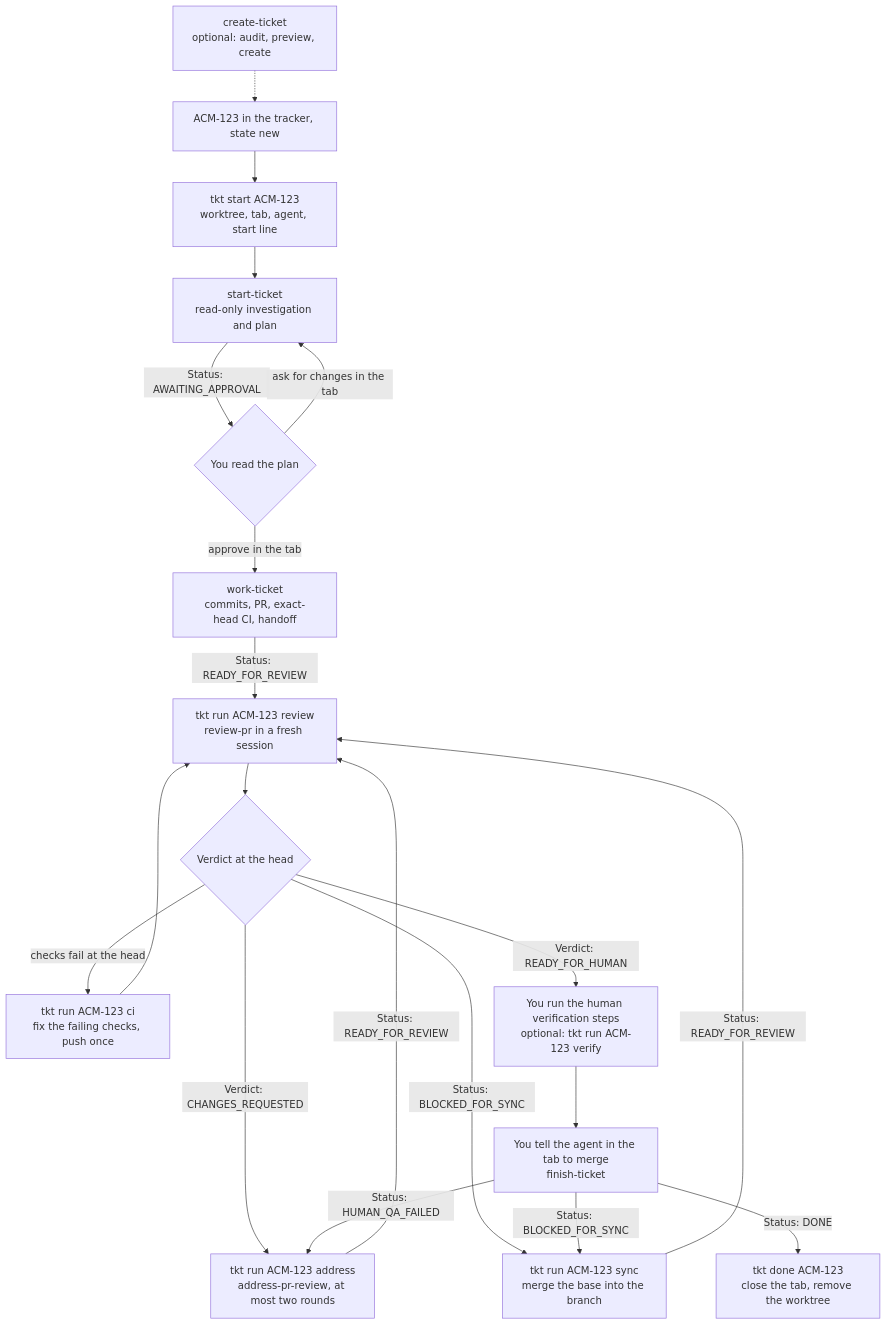
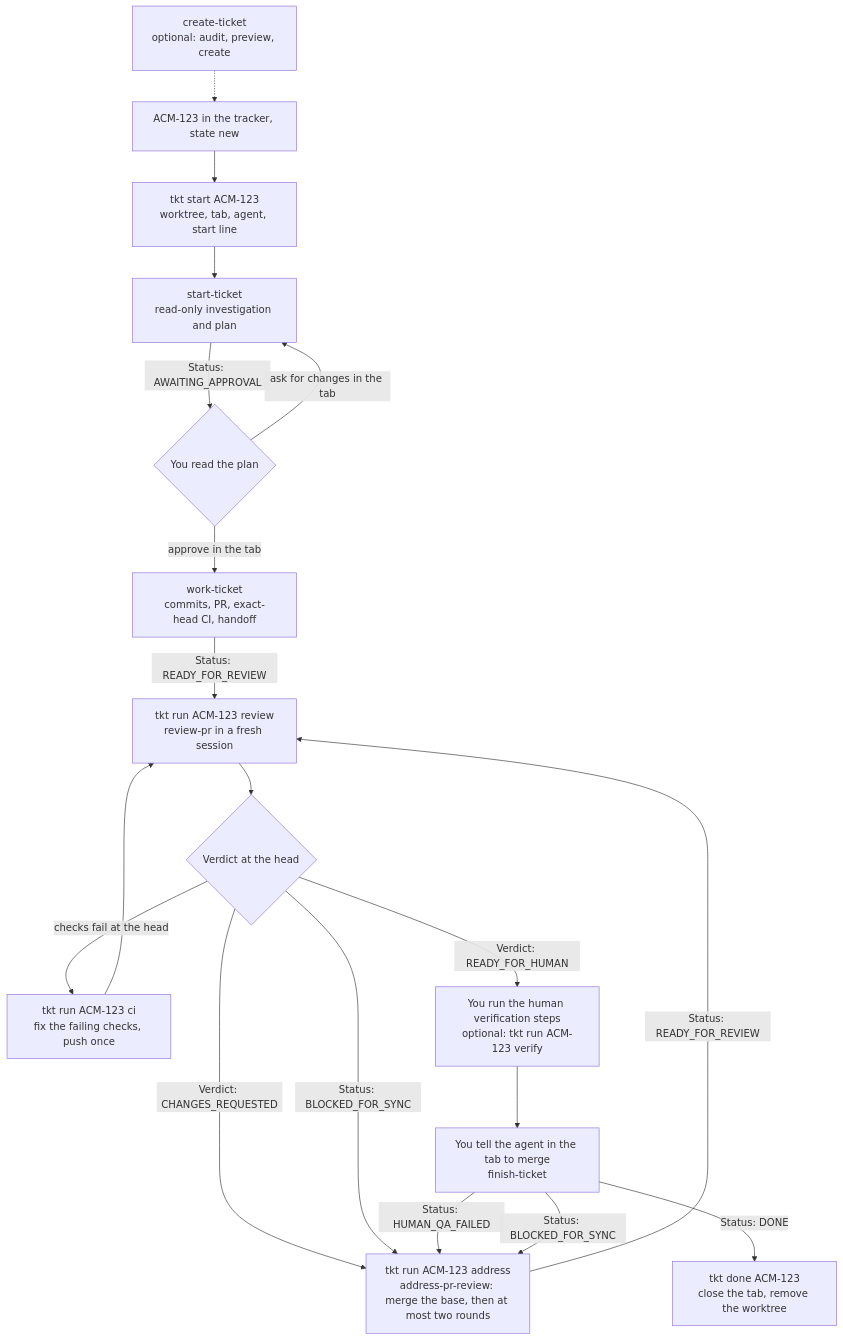
One commit to rogsme/tkt changed the second of 4 diagrams in docs/lifecycle.md. Above: the diagram before and after it, drawn with Mermaid. The commit also changed other lines of this file and 35 other files, not shown here.

First line of the commit message:
Let tkt auto pause for you, and let the review bot be the reviewer

````diff
--- a/docs/lifecycle.md
+++ b/docs/lifecycle.md
@@ -58,37 +58,35 @@
 ```mermaid
 flowchart TD
   ticket[ACM-123 in the tracker, state new]
   ct[create-ticket<br/>optional: audit, preview, create]
   start[tkt start ACM-123<br/>worktree, tab, agent, start line]
   st[start-ticket<br/>read-only investigation and plan]
   plan{You read the plan}
   wk[work-ticket<br/>commits, PR, exact-head CI, handoff]
   review[tkt run ACM-123 review<br/>review-pr in a fresh session]
   verdict{Verdict at the head}
-  address[tkt run ACM-123 address<br/>address-pr-review, at most two rounds]
-  sync[tkt run ACM-123 sync<br/>merge the base into the branch]
+  address[tkt run ACM-123 address<br/>address-pr-review: merge the base, then at most two rounds]
   cifix[tkt run ACM-123 ci<br/>fix the failing checks, push once]
   human[You run the human verification steps<br/>optional: tkt run ACM-123 verify]
   merge[You tell the agent in the tab to merge<br/>finish-ticket]
   done[tkt done ACM-123<br/>close the tab, remove the worktree]
 
   ct -.-> ticket
   ticket --> start
   start --> st
   st -->|Status: AWAITING_APPROVAL| plan
   plan -->|ask for changes in the tab| st
   plan -->|approve in the tab| wk
   wk -->|Status: READY_FOR_REVIEW| review
   review --> verdict
   verdict -->|Verdict: CHANGES_REQUESTED| address
-  verdict -->|Status: BLOCKED_FOR_SYNC| sync
+  verdict -->|Status: BLOCKED_FOR_SYNC| address
   verdict -->|checks fail at the head| cifix
   verdict -->|Verdict: READY_FOR_HUMAN| human
   address -->|Status: READY_FOR_REVIEW| review
-  sync -->|Status: READY_FOR_REVIEW| review
   cifix --> review
   human --> merge
   merge -->|Status: HUMAN_QA_FAILED| address
-  merge -->|Status: BLOCKED_FOR_SYNC| sync
+  merge -->|Status: BLOCKED_FOR_SYNC| address
   merge -->|Status: DONE| done
 ```
````
